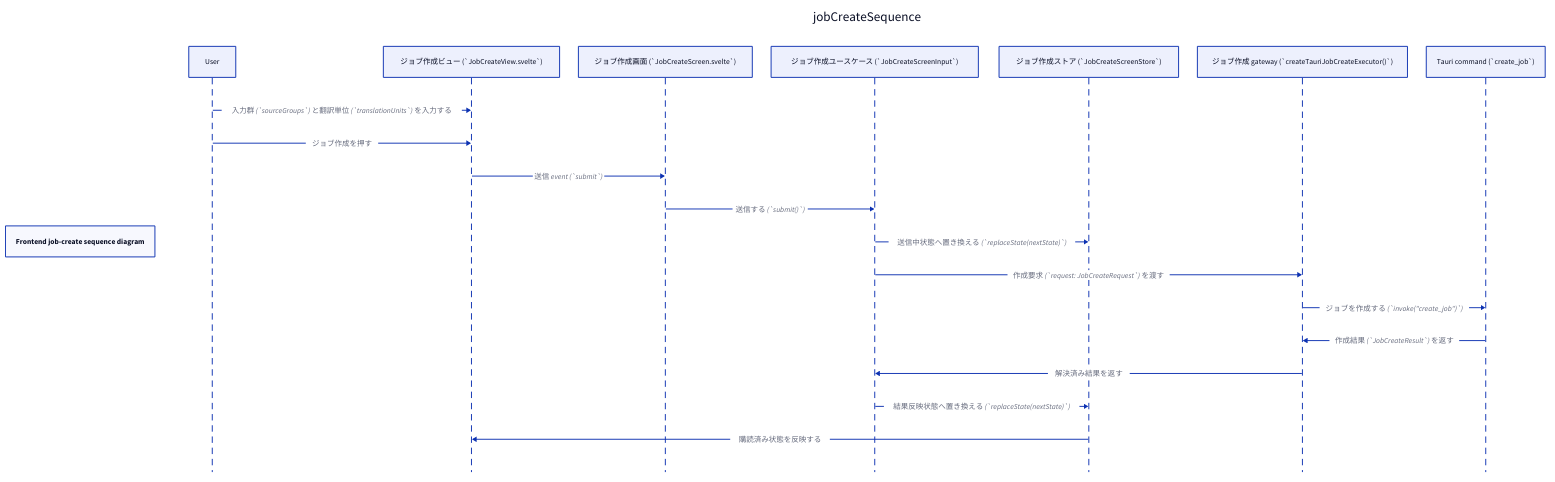
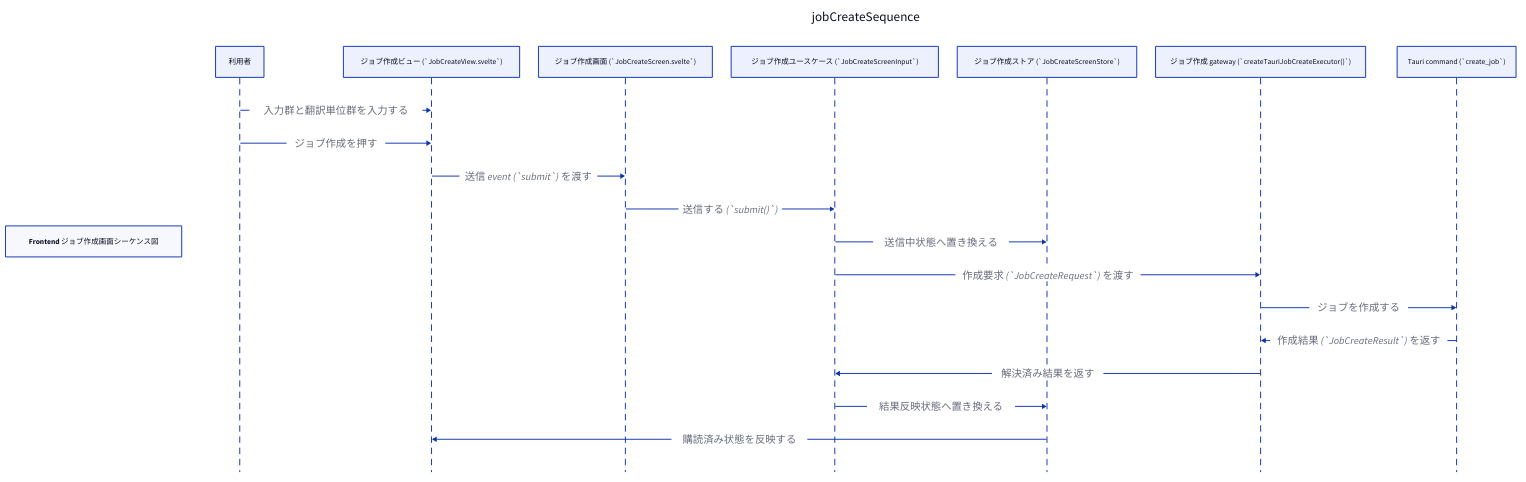
The diagram in 4humans/diagrams/processes/frontend-job-create-sequence-diagram.d2 (ishibata91/AITranslationEngineJP), drawn with D2 before and after one commit. The commit also changed 54 other files, not shown here.

```diff
--- a/4humans/diagrams/processes/frontend-job-create-sequence-diagram.d2
+++ b/4humans/diagrams/processes/frontend-job-create-sequence-diagram.d2
@@ -1,25 +1,47 @@
-title: "Frontend job-create sequence diagram"
+title: "Frontend ジョブ作成画面シーケンス図"
 
 jobCreateSequence: {
   shape: sequence_diagram
 
-  user: "User"
+  user: "利用者"
   jobCreateView: "ジョブ作成ビュー (`JobCreateView.svelte`)"
   jobCreateScreen: "ジョブ作成画面 (`JobCreateScreen.svelte`)"
   jobCreateUsecase: "ジョブ作成ユースケース (`JobCreateScreenInput`)"
   jobCreateStore: "ジョブ作成ストア (`JobCreateScreenStore`)"
   tauriGateway: "ジョブ作成 gateway (`createTauriJobCreateExecutor()`)"
   tauriBackend: "Tauri command (`create_job`)"
 
-  user -> jobCreateView: 入力群 (`sourceGroups`) と翻訳単位 (`translationUnits`) を入力する
-  user -> jobCreateView: ジョブ作成を押す
-  jobCreateView -> jobCreateScreen: 送信 event (`submit`)
-  jobCreateScreen -> jobCreateUsecase: 送信する (`submit()`)
-  jobCreateUsecase -> jobCreateStore: 送信中状態へ置き換える (`replaceState(nextState)`)
-  jobCreateUsecase -> tauriGateway: 作成要求 (`request: JobCreateRequest`) を渡す
-  tauriGateway -> tauriBackend: ジョブを作成する (`invoke(\"create_job\")`)
-  tauriBackend -> tauriGateway: 作成結果 (`JobCreateResult`) を返す
-  tauriGateway -> jobCreateUsecase: 解決済み結果を返す
-  jobCreateUsecase -> jobCreateStore: 結果反映状態へ置き換える (`replaceState(nextState)`)
-  jobCreateStore -> jobCreateView: 購読済み状態を反映する
+  user -> jobCreateView: 入力群と翻訳単位群を入力する {
+    style.font-size: 22
+  }
+  user -> jobCreateView: ジョブ作成を押す {
+    style.font-size: 22
+  }
+  jobCreateView -> jobCreateScreen: 送信 event (`submit`) を渡す {
+    style.font-size: 22
+  }
+  jobCreateScreen -> jobCreateUsecase: 送信する (`submit()`) {
+    style.font-size: 22
+  }
+  jobCreateUsecase -> jobCreateStore: 送信中状態へ置き換える {
+    style.font-size: 22
+  }
+  jobCreateUsecase -> tauriGateway: 作成要求 (`JobCreateRequest`) を渡す {
+    style.font-size: 22
+  }
+  tauriGateway -> tauriBackend: ジョブを作成する {
+    style.font-size: 22
+  }
+  tauriBackend -> tauriGateway: 作成結果 (`JobCreateResult`) を返す {
+    style.font-size: 22
+  }
+  tauriGateway -> jobCreateUsecase: 解決済み結果を返す {
+    style.font-size: 22
+  }
+  jobCreateUsecase -> jobCreateStore: 結果反映状態へ置き換える {
+    style.font-size: 22
+  }
+  jobCreateStore -> jobCreateView: 購読済み状態を反映する {
+    style.font-size: 22
+  }
 }
```
